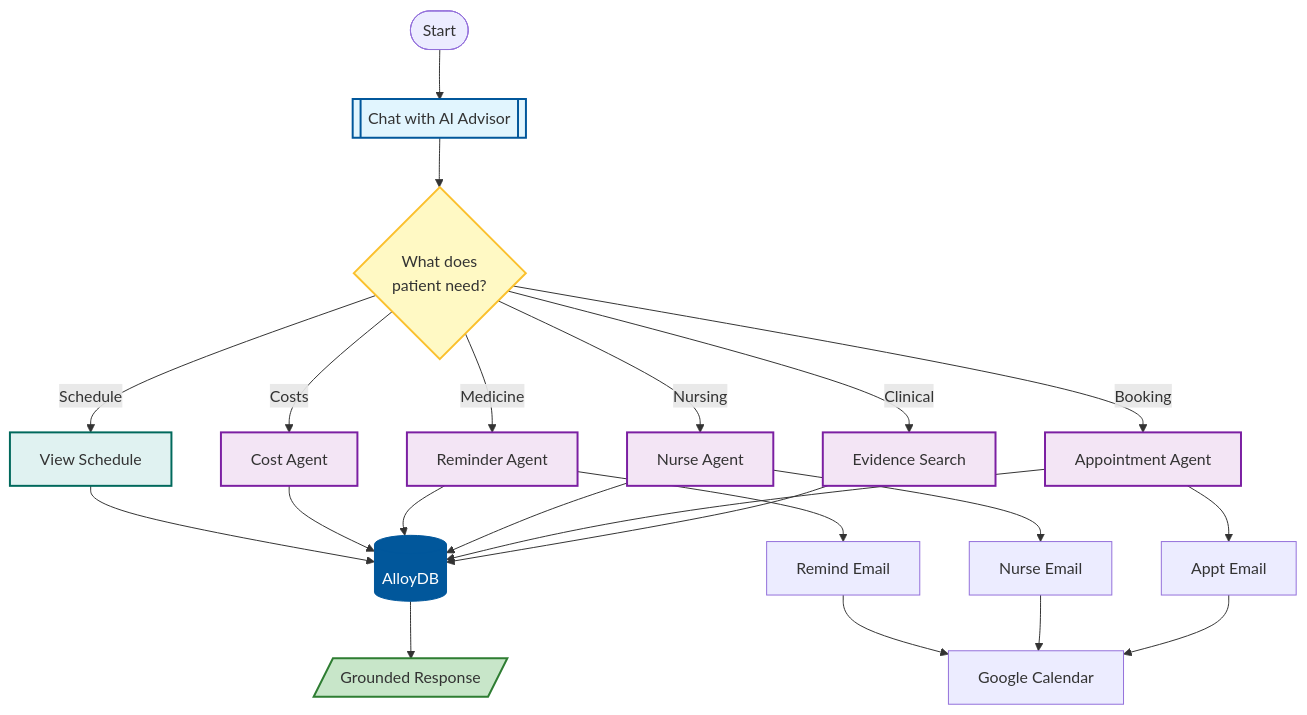
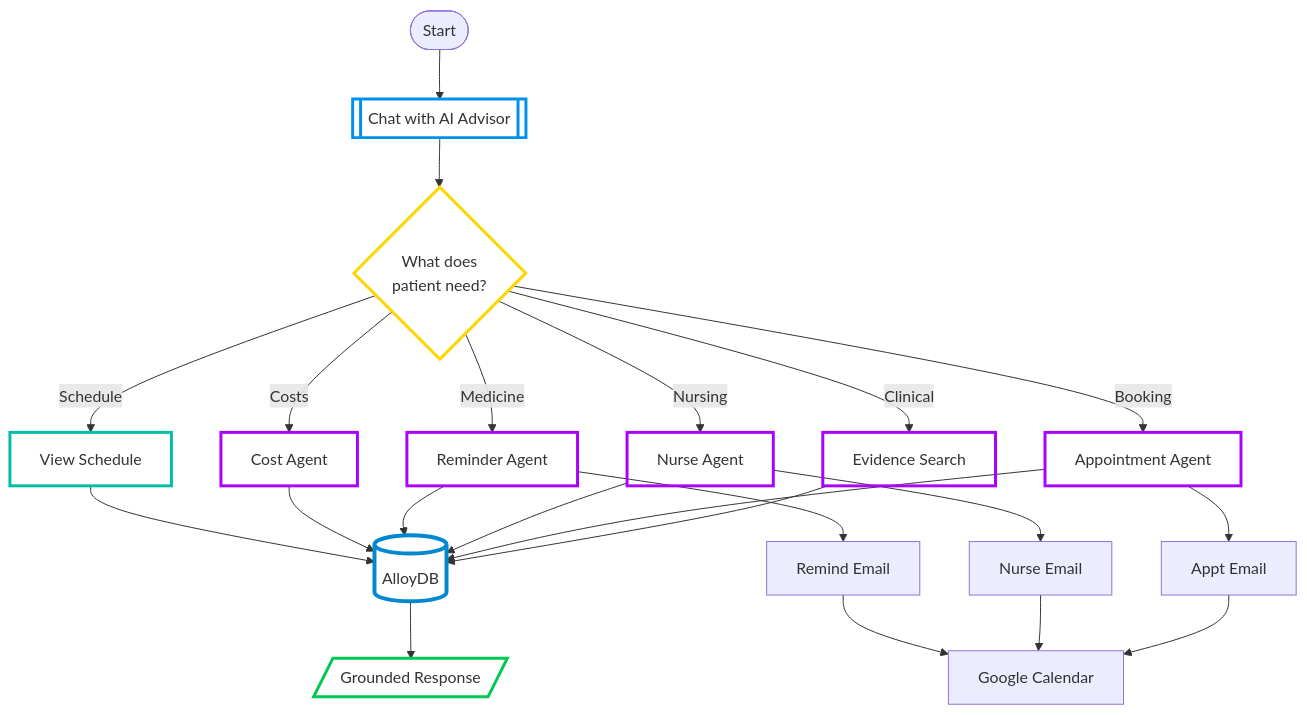
Before and after one commit to khaiwalVikrant/ivf-care-platform: the first of 5 diagrams in README.md, drawn with Mermaid.

````diff
--- a/README.md
+++ b/README.md
@@ -25,39 +25,40 @@
 ```mermaid
 flowchart TD
     %% 1. Nodes & Decision
     Start([Start]) --> Chat[[Chat with AI Advisor]]
     Chat --> Q1{What does<br/>patient need?}
 
     %% 2. The Agent Layer
     Q1 -->|Clinical| Evidence[Evidence Search]
     Q1 -->|Booking| Appt[Appointment Agent]
     Q1 -->|Nursing| Nurse[Nurse Agent]
     Q1 -->|Medicine| Remind[Reminder Agent]
     Q1 -->|Costs| Cost[Cost Agent]
     Q1 -->|Schedule| Schedule[View Schedule]
 
     %% 3. Data & Storage
     Evidence & Appt & Nurse & Remind & Cost & Schedule --> AlloyDB[(AlloyDB)]
     AlloyDB --> Response[/Grounded Response/]
 
     %% 4. Communications
     Appt --> Email1[Appt Email]
     Nurse --> Email2[Nurse Email]
     Remind --> Email3[Remind Email]
     Email1 & Email2 & Email3 --> Calendar[Google Calendar]
 
-    %% 5. GitHub-Optimized Classes
-    classDef blue fill:#e1f5fe,stroke:#01579b,stroke-width:2px;
-    classDef yellow fill:#fff9c4,stroke:#fbc02d,stroke-width:2px;
-    classDef purple fill:#f3e5f5,stroke:#7b1fa2,stroke-width:2px;
-    classDef teal fill:#e0f2f1,stroke:#00695c,stroke-width:2px;
-    classDef green fill:#c8e6c9,stroke:#2e7d32,stroke-width:2px;
-    classDef db fill:#01579b,stroke:#01579b,color:#fff;
+    %% 5. Universal Theme Classes (No RGBA)
+    %% We use bright hex codes with 'fill:none' so they work on any background
+    classDef blue stroke:#0091ea,stroke-width:3px,fill:none;
+    classDef yellow stroke:#ffd600,stroke-width:3px,fill:none;
+    classDef purple stroke:#aa00ff,stroke-width:3px,fill:none;
+    classDef teal stroke:#00bfa5,stroke-width:3px,fill:none;
+    classDef green stroke:#00c853,stroke-width:3px,fill:none;
+    classDef db stroke:#0288d1,stroke-width:4px,fill:none;
 
     class Chat blue;
     class Q1 yellow;
     class Evidence,Appt,Nurse,Remind,Cost purple;
     class Schedule teal;
     class Response green;
     class AlloyDB db;
 ```
````
